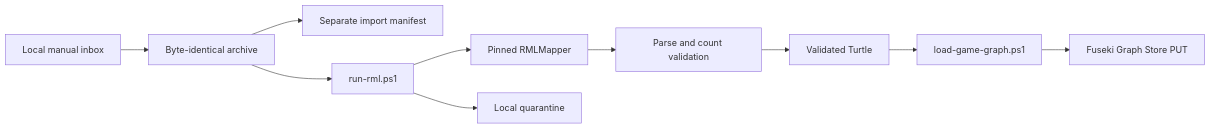
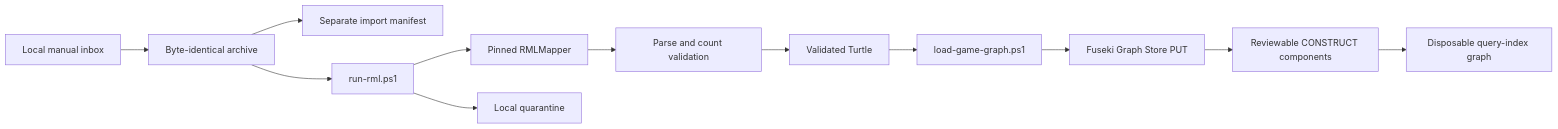
Before and after one commit to CarterBeauBenson/BaseballO: the diagram in Baseball/scripts/pipeline/README.md, drawn with Mermaid. The commit also changed other lines of this file and 25 other files, not shown here.

Commit message:
Add reproducible per-game query index

````diff
--- a/Baseball/scripts/pipeline/README.md
+++ b/Baseball/scripts/pipeline/README.md
@@ -5,12 +5,14 @@
 ```mermaid
 flowchart LR
     I[Local manual inbox] --> A[Byte-identical archive]
     A --> P[Separate import manifest]
     A --> R[run-rml.ps1]
     R --> M[Pinned RMLMapper]
     M --> V[Parse and count validation]
     V --> T[Validated Turtle]
     T --> L[load-game-graph.ps1]
     L --> F[Fuseki Graph Store PUT]
+    F --> C[Reviewable CONSTRUCT components]
+    C --> D[Disposable query-index graph]
     R --> Q[Local quarantine]
 ```
````
